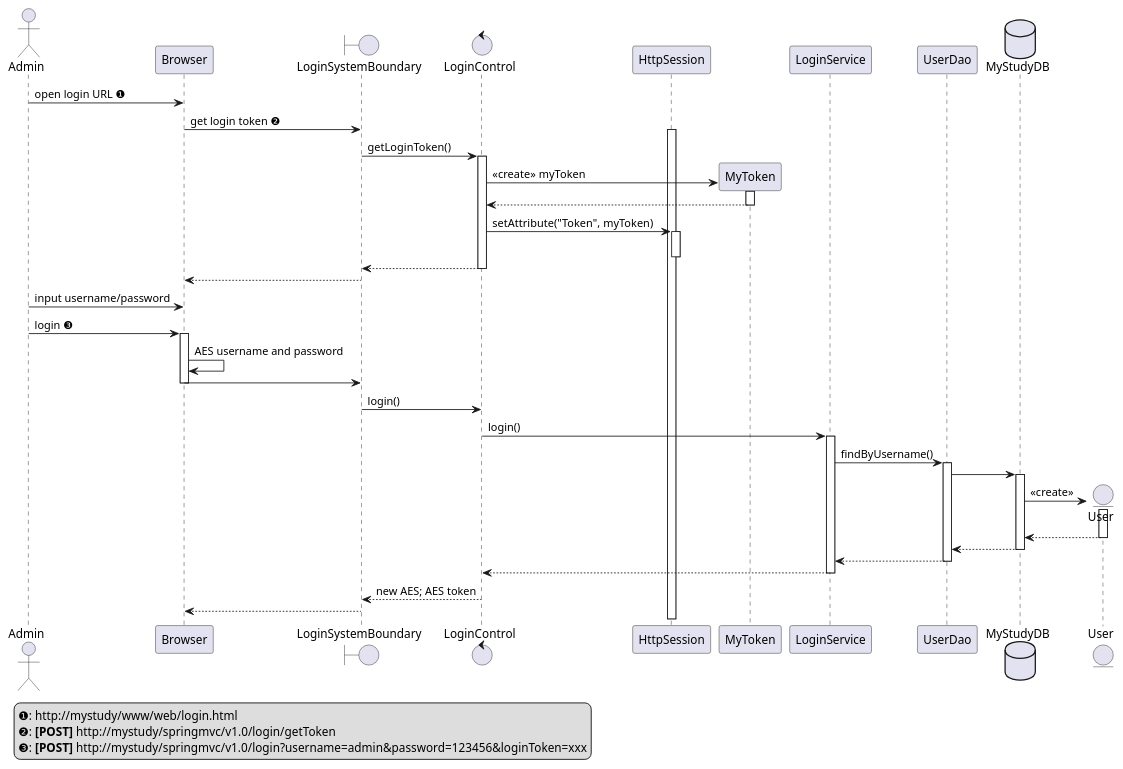
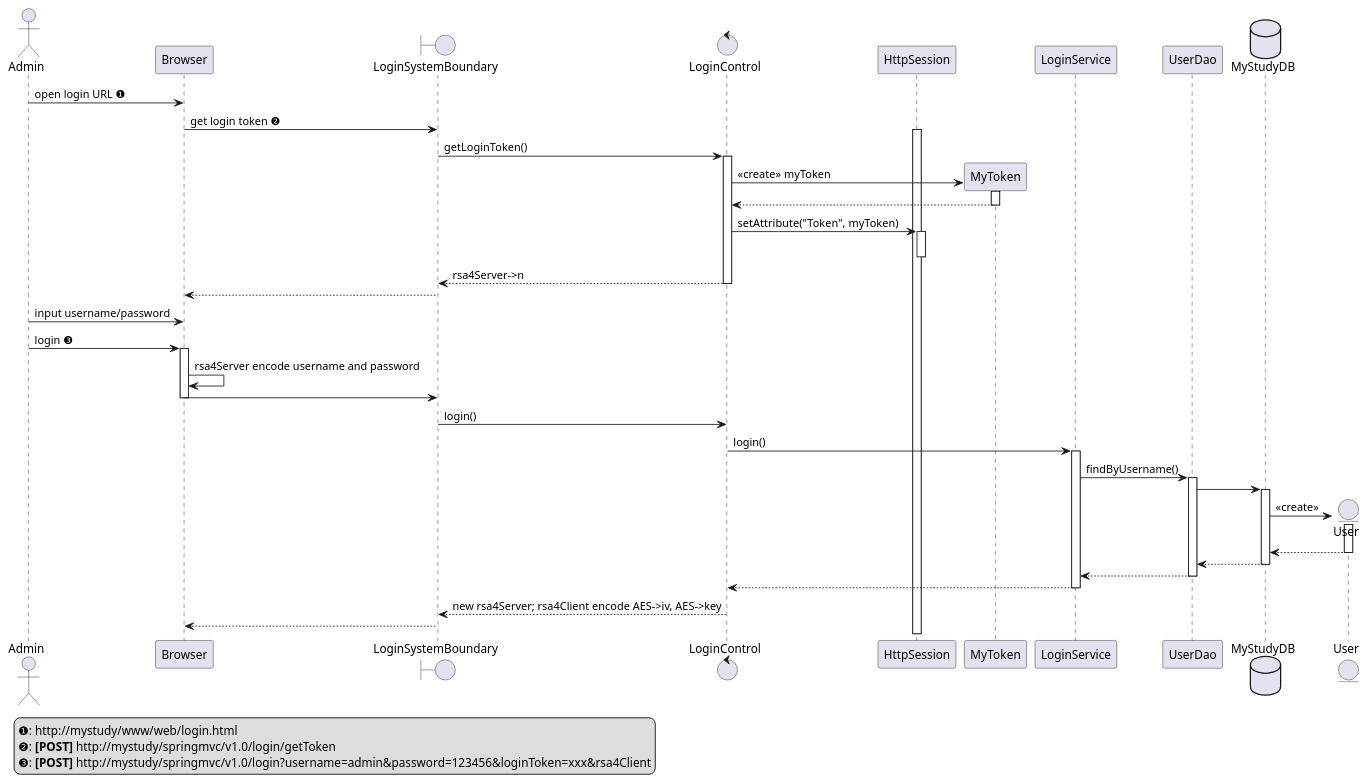
The diagram in src/main/doc/login.puml (forsrc/MyStudy), drawn with PlantUML before and after one commit. The commit also changed 6 other files, not shown here.

```diff
--- a/src/main/doc/login.puml
+++ b/src/main/doc/login.puml
@@ -1,79 +1,79 @@
 @startuml
 
 actor Admin
 
     Admin -> Browser : open login URL ❶
 
 boundary LoginSystemBoundary
 
 
     Browser -> LoginSystemBoundary : get login token ❷
 
 control LoginControl
     activate HttpSession
 
 
     LoginSystemBoundary -> LoginControl : getLoginToken()
     activate LoginControl
         create MyToken
         LoginControl -> MyToken : <<create>> myToken
 
         activate MyToken
         MyToken --> LoginControl
         deactivate MyToken
 
 
         LoginControl -> HttpSession : setAttribute("Token", myToken)
         activate HttpSession
         deactivate HttpSession
-    LoginControl --> LoginSystemBoundary
+    LoginControl --> LoginSystemBoundary : rsa4Server->n
     deactivate LoginControl
     LoginSystemBoundary --> Browser
 
 
     Admin -> Browser : input username/password
 
     Admin -> Browser : login ❸
     activate Browser
-        Browser -> Browser : AES username and password
+        Browser -> Browser : rsa4Server encode username and password
     Browser -> LoginSystemBoundary
     deactivate Browser
 
     LoginSystemBoundary -> LoginControl : login()
 
     LoginControl -> LoginService : login()
     activate LoginService
 
         LoginService -> UserDao : findByUsername()
         activate UserDao
             database MyStudyDB
             UserDao -> MyStudyDB
             activate MyStudyDB
                 create entity User
                 MyStudyDB -> User : <<create>>
                 activate User
                 User --> MyStudyDB
                 deactivate User
             MyStudyDB --> UserDao
             deactivate MyStudyDB
         UserDao --> LoginService
         deactivate UserDao
 
     LoginService --> LoginControl
     deactivate LoginService
 
-    LoginControl --> LoginSystemBoundary : new AES; AES token
+    LoginControl --> LoginSystemBoundary : new rsa4Server; rsa4Client encode AES->iv, AES->key
 
     LoginSystemBoundary --> Browser
 
 
 legend left
 ❶: http://mystudy/www/web/login.html
 ❷: <b>[POST]</b> http://mystudy/springmvc/v1.0/login/getToken
-❸: <b>[POST]</b> http://mystudy/springmvc/v1.0/login?username=admin&password=123456&loginToken=xxx
+❸: <b>[POST]</b> http://mystudy/springmvc/v1.0/login?username=admin&password=123456&loginToken=xxx&rsa4Client
 endlegend
 
 
 
 
 @enduml
```
